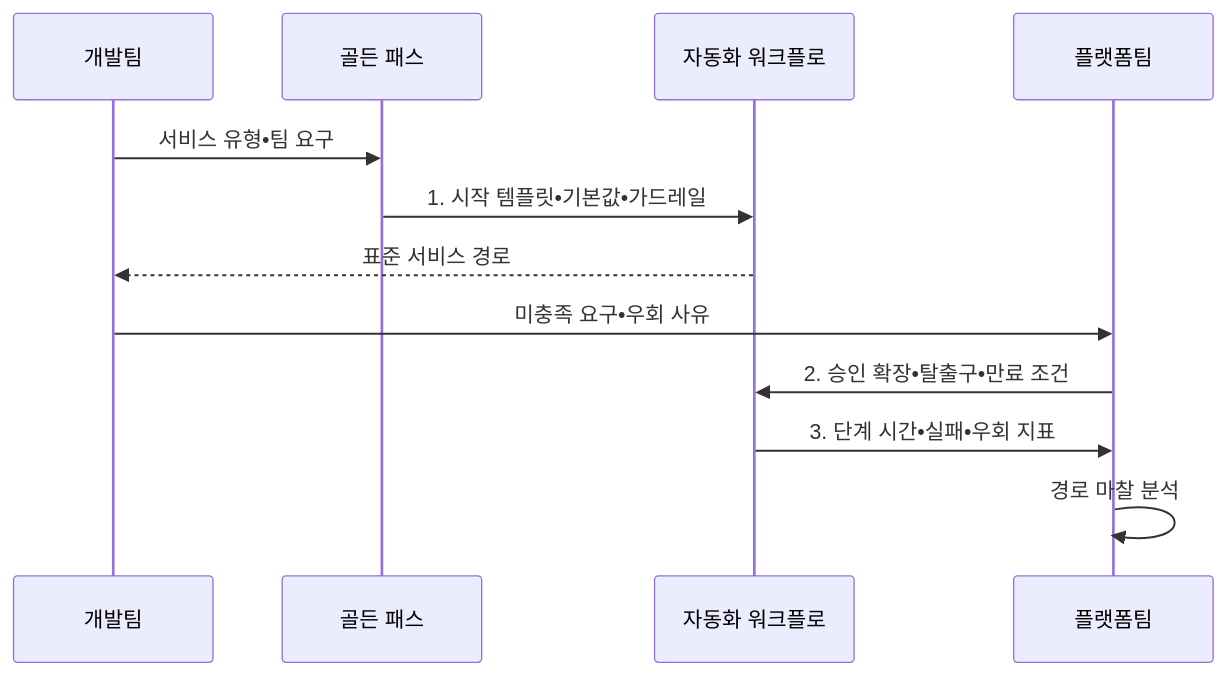
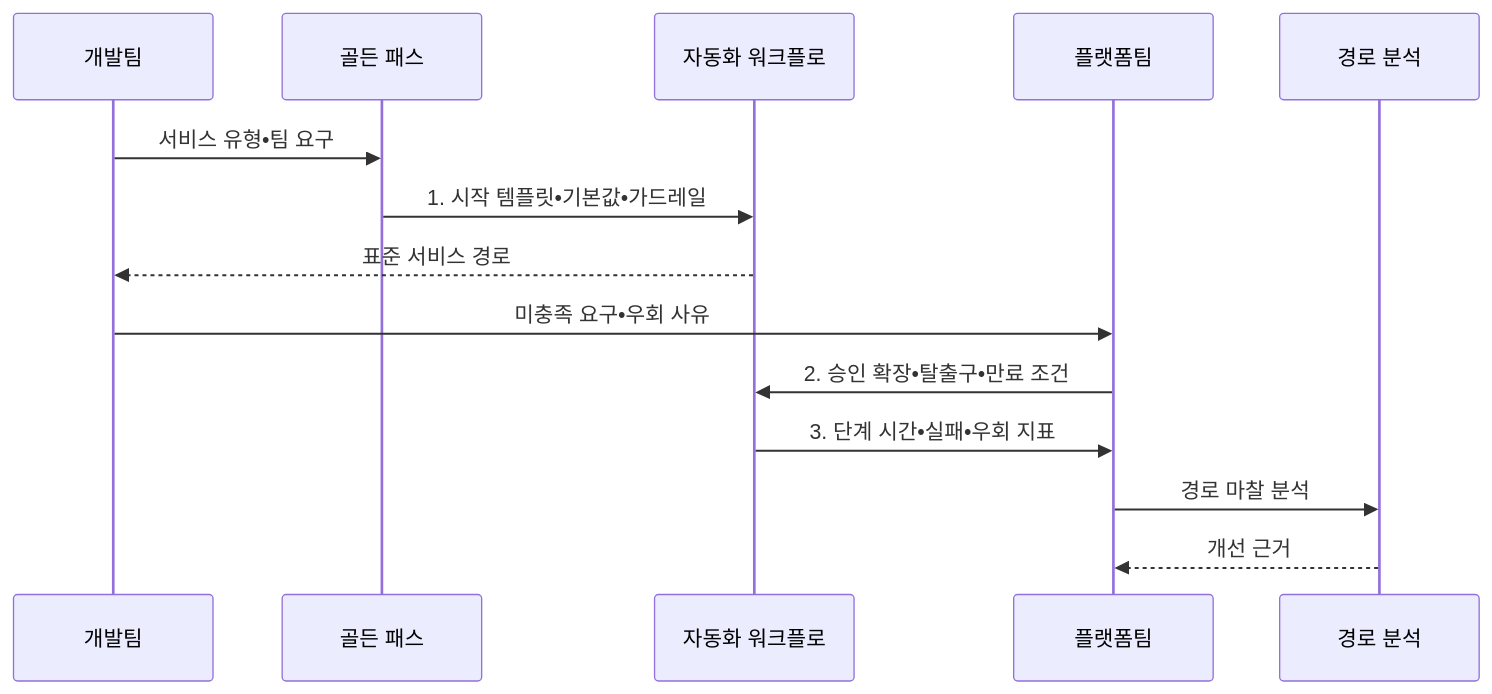
Before and after one commit to agnusdei1207/knowledge-base: the second of 2 diagrams in src/content/docs/notes/03-software/083_internal_developer_platform_golden_path.md, drawn with Mermaid. The commit also changed other lines of this file and 15 other files, not shown here.

````diff
--- a/src/content/docs/notes/03-software/083_internal_developer_platform_golden_path.md
+++ b/src/content/docs/notes/03-software/083_internal_developer_platform_golden_path.md
@@ -112,14 +112,16 @@
 ```mermaid
 sequenceDiagram
     participant D as 개발팀
     participant P as 골든 패스
     participant W as 자동화 워크플로
     participant A as 플랫폼팀
+    participant R as 경로 분석
     D->>P: 서비스 유형•팀 요구
     P->>W: 1. 시작 템플릿•기본값•가드레일
     W-->>D: 표준 서비스 경로
     D->>A: 미충족 요구•우회 사유
     A->>W: 2. 승인 확장•탈출구•만료 조건
     W->>A: 3. 단계 시간•실패•우회 지표
-    A->>A: 경로 마찰 분석
+    A->>R: 경로 마찰 분석
+    R-->>A: 개선 근거
 ```
````
